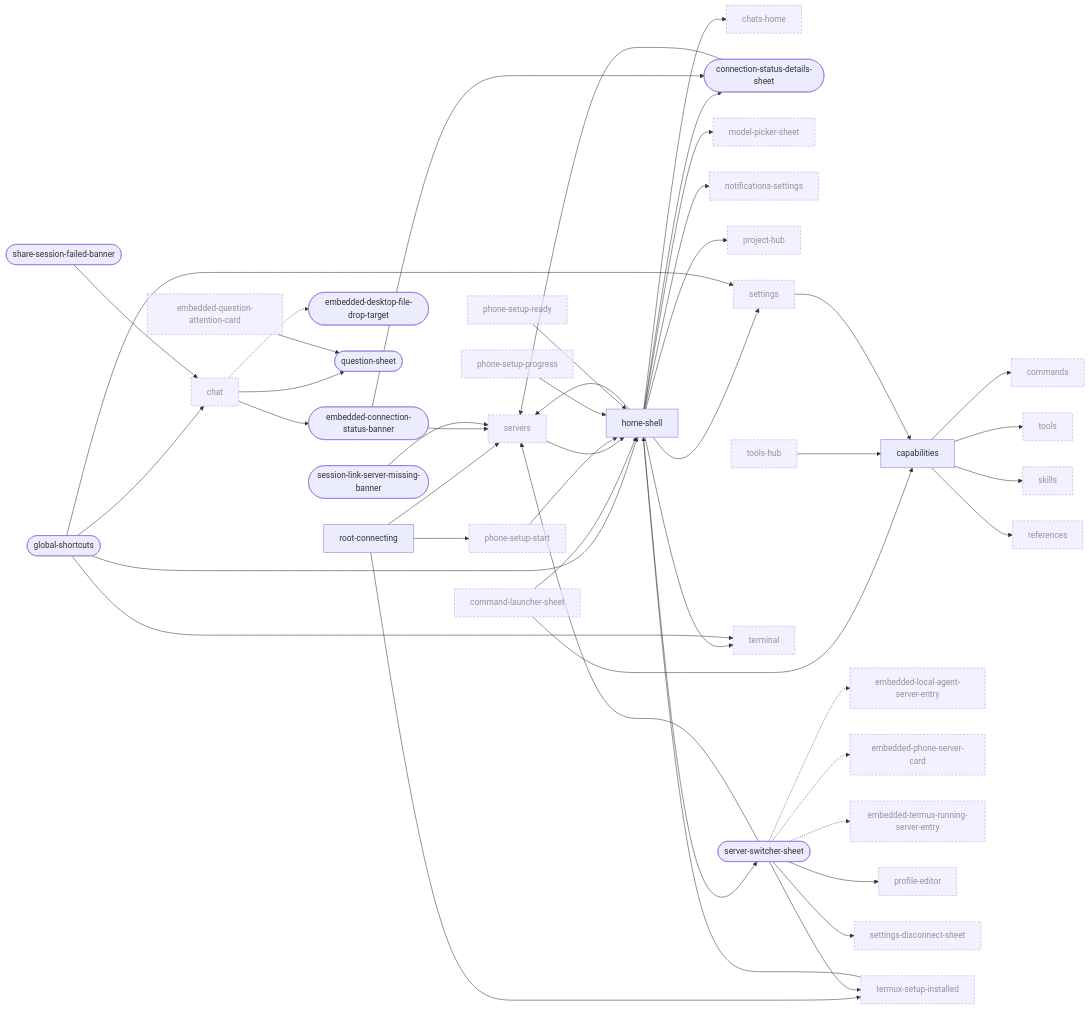
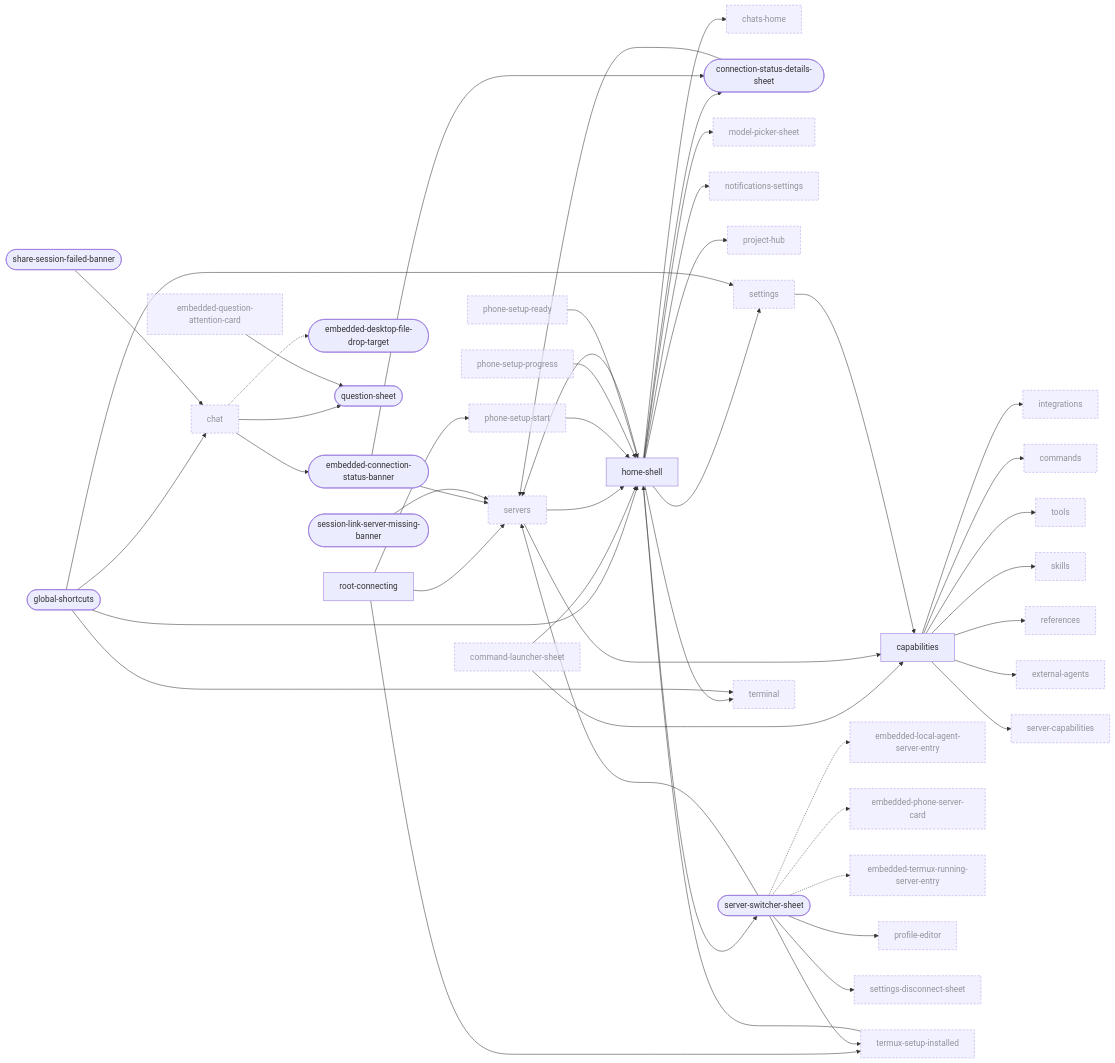
The first of 10 diagrams in docs/design/ui-ledger/navigation.md (Eslamasabry/opencode-mobile-next), drawn with Mermaid before and after one commit. The commit also changed other lines of this file and 43 other files, not shown here.

First line of the commit message:
feat(settings): Tools is one page, with MCP, commands, tools, skills, references and external agents as tabs [skip ci]

```diff
--- a/docs/design/ui-ledger/navigation.md
+++ b/docs/design/ui-ledger/navigation.md
@@ -31,8 +31,10 @@
   embedded_phone_server_card["embedded-phone-server-card"]:::ext
   embedded_question_attention_card["embedded-question-attention-card"]:::ext
   embedded_termux_running_server_entry["embedded-termux-running-server-entry"]:::ext
+  external_agents["external-agents"]:::ext
   global_shortcuts(["global-shortcuts"])
   home_shell["home-shell"]
+  integrations["integrations"]:::ext
   model_picker_sheet["model-picker-sheet"]:::ext
   notifications_settings["notifications-settings"]:::ext
   phone_setup_progress["phone-setup-progress"]:::ext
@@ -43,6 +45,7 @@
   question_sheet(["question-sheet"])
   references["references"]:::ext
   root_connecting["root-connecting"]
+  server_capabilities["server-capabilities"]:::ext
   server_switcher_sheet(["server-switcher-sheet"])
   servers["servers"]:::ext
   session_link_server_missing_banner(["session-link-server-missing-banner"])
@@ -53,7 +56,6 @@
   terminal["terminal"]:::ext
   termux_setup_installed["termux-setup-installed"]:::ext
   tools["tools"]:::ext
-  tools_hub["tools-hub"]:::ext
   root_connecting --> termux_setup_installed
   root_connecting --> servers
   root_connecting --> phone_setup_start
@@ -78,23 +80,26 @@
   global_shortcuts --> home_shell
   share_session_failed_banner --> chat
   session_link_server_missing_banner --> servers
+  capabilities --> integrations
   capabilities --> commands
   capabilities --> tools
   capabilities --> skills
   capabilities --> references
+  capabilities --> external_agents
+  capabilities --> server_capabilities
   chat --> embedded_connection_status_banner
   chat --> question_sheet
   command_launcher_sheet --> home_shell
   command_launcher_sheet --> capabilities
   embedded_question_attention_card --> question_sheet
   servers --> home_shell
+  servers --> capabilities
   termux_setup_installed --> home_shell
   phone_setup_start --> home_shell
   phone_setup_progress --> home_shell
   phone_setup_ready --> home_shell
-  tools_hub --> capabilities
+  settings --> capabilities
   chat -.-> embedded_desktop_file_drop_target
-  settings --> capabilities
   server_switcher_sheet -.-> embedded_termux_running_server_entry
   server_switcher_sheet -.-> embedded_local_agent_server_entry
   server_switcher_sheet -.-> embedded_phone_server_card
```
